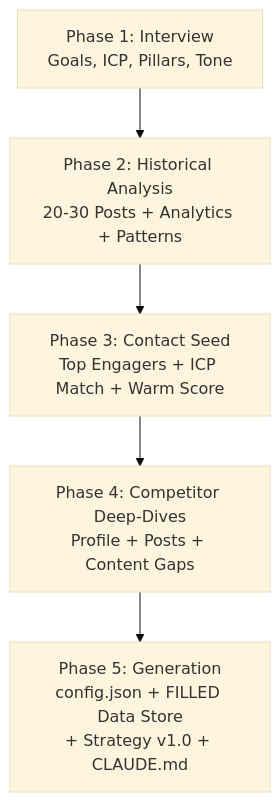
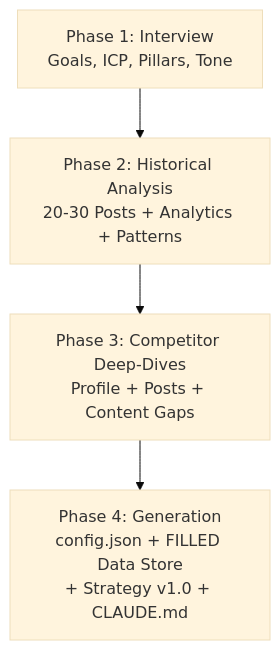
The eighth of 8 diagrams in plugin/README.md (sabania/linkedin-cli), drawn with Mermaid (base theme) before and after one commit. The commit also changed other lines of this file and 13 other files, not shown here.

````diff
--- a/plugin/README.md
+++ b/plugin/README.md
@@ -331,7 +299,6 @@
 ```mermaid
 graph TD
     P1["Phase 1: Interview<br/>Goals, ICP, Pillars, Tone"] --> P2["Phase 2: Historical Analysis<br/>20-30 Posts + Analytics + Patterns"]
-    P2 --> P3["Phase 3: Contact Seed<br/>Top Engagers + ICP Match + Warm Score"]
-    P3 --> P4["Phase 4: Competitor Deep-Dives<br/>Profile + Posts + Content Gaps"]
-    P4 --> P5["Phase 5: Generation<br/>config.json + FILLED Data Store<br/>+ Strategy v1.0 + CLAUDE.md"]
+    P2 --> P3["Phase 3: Competitor Deep-Dives<br/>Profile + Posts + Content Gaps"]
+    P3 --> P4["Phase 4: Generation<br/>config.json + FILLED Data Store<br/>+ Strategy v1.0 + CLAUDE.md"]
 ```
````
